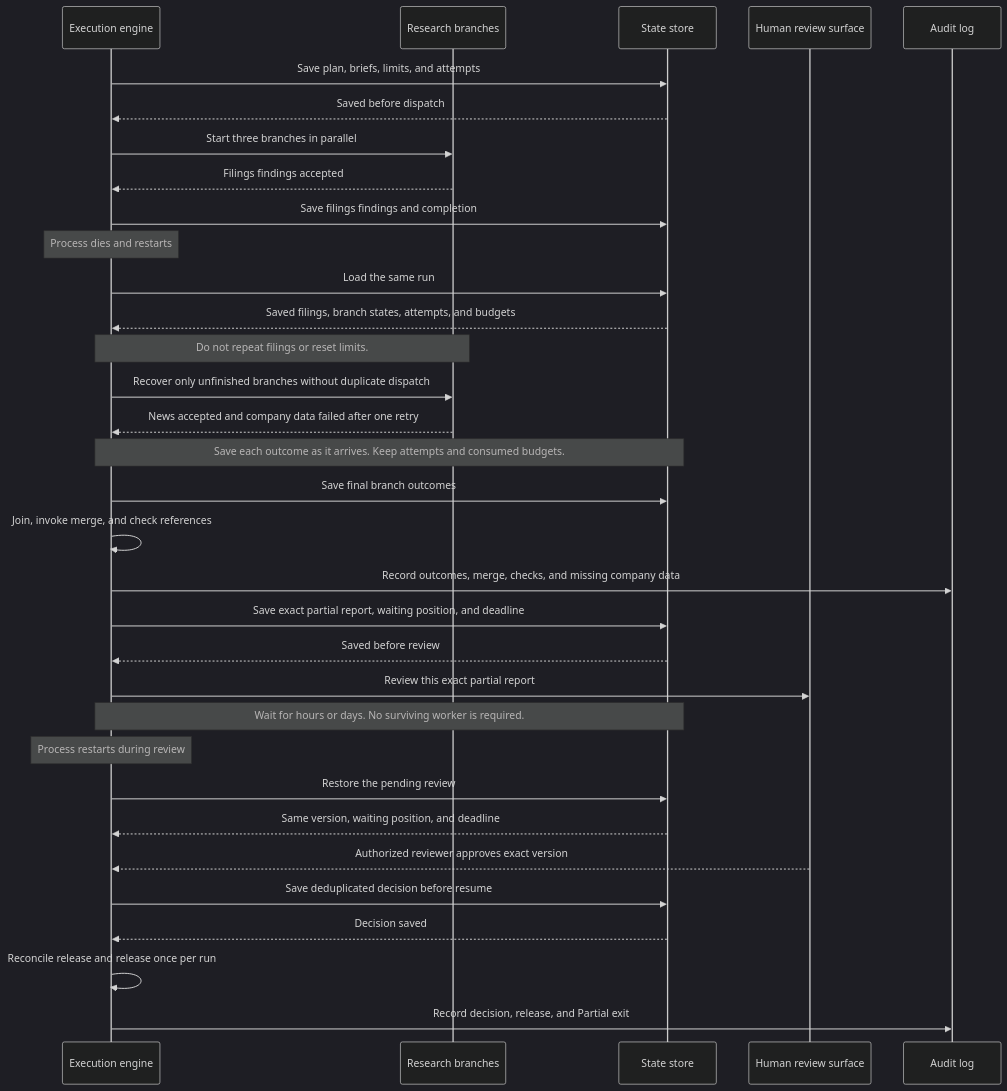
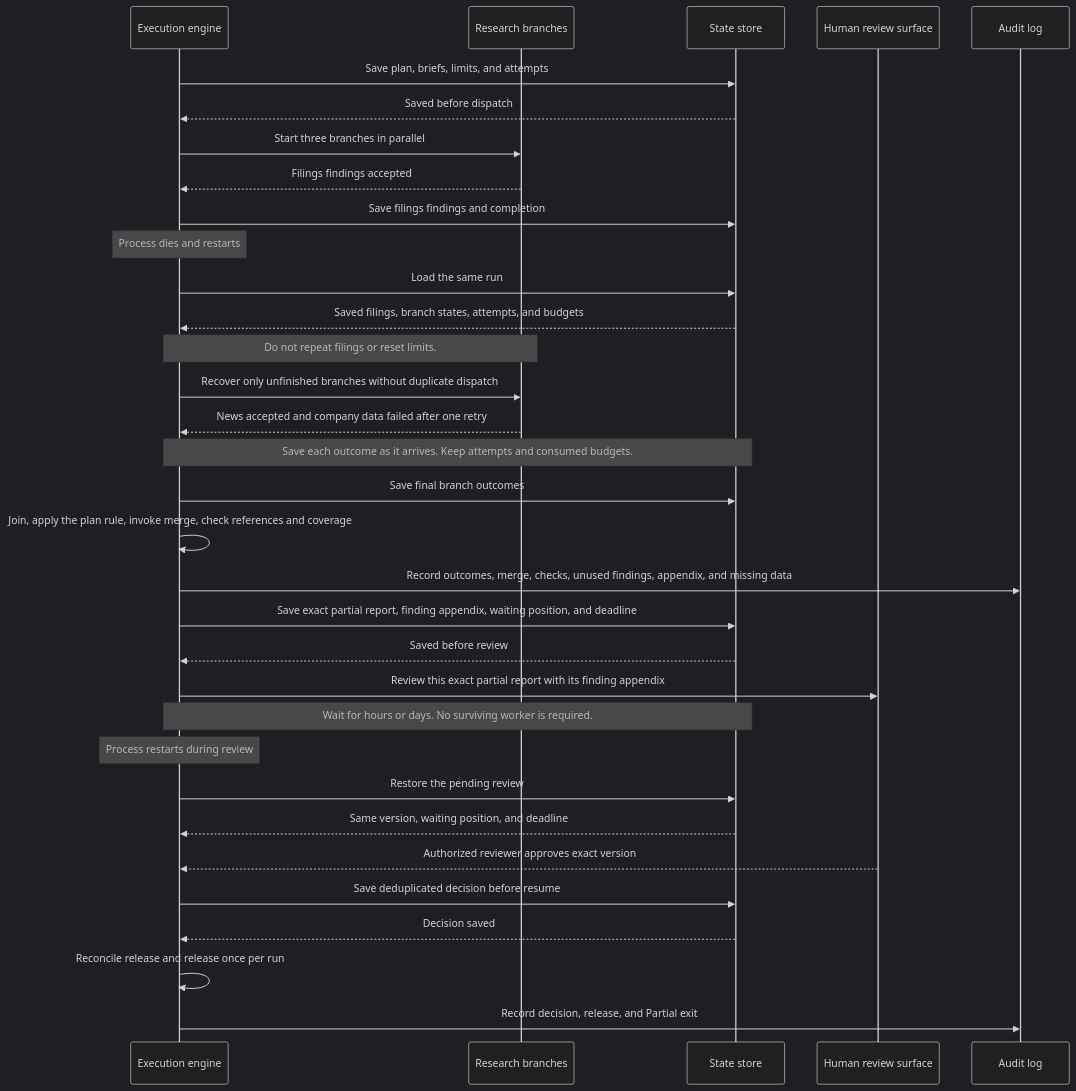
One commit to mzagar/wg-workflows-and-process-integration changed the third of 3 diagrams in workstreams/reference-architectures/architectures/parallel-research-and-merge.md. Above: the diagram before and after it, drawn with Mermaid (dark theme). The commit also changed other lines of this file and 2 other files, not shown here.

````diff
--- a/workstreams/reference-architectures/architectures/parallel-research-and-merge.md
+++ b/workstreams/reference-architectures/architectures/parallel-research-and-merge.md
@@ -217,38 +234,38 @@
 ```mermaid
 sequenceDiagram
     participant E as Execution engine
     participant B as Research branches
     participant S as State store
     participant H as Human review surface
     participant R as Audit log
 
     E->>S: Save plan, briefs, limits, and attempts
     S-->>E: Saved before dispatch
     E->>B: Start three branches in parallel
     B-->>E: Filings findings accepted
     E->>S: Save filings findings and completion
 
     Note over E: Process dies and restarts
     E->>S: Load the same run
     S-->>E: Saved filings, branch states, attempts, and budgets
     Note over E,B: Do not repeat filings or reset limits.
     E->>B: Recover only unfinished branches without duplicate dispatch
     B-->>E: News accepted and company data failed after one retry
     Note over E,S: Save each outcome as it arrives. Keep attempts and consumed budgets.
     E->>S: Save final branch outcomes
-    E->>E: Join, invoke merge, and check references
-    E->>R: Record outcomes, merge, checks, and missing company data
-    E->>S: Save exact partial report, waiting position, and deadline
+    E->>E: Join, apply the plan rule, invoke merge, check references and coverage
+    E->>R: Record outcomes, merge, checks, unused findings, appendix, and missing data
+    E->>S: Save exact partial report, finding appendix, waiting position, and deadline
     S-->>E: Saved before review
-    E->>H: Review this exact partial report
+    E->>H: Review this exact partial report with its finding appendix
 
     Note over E,S: Wait for hours or days. No surviving worker is required.
     Note over E: Process restarts during review
     E->>S: Restore the pending review
     S-->>E: Same version, waiting position, and deadline
     H-->>E: Authorized reviewer approves exact version
     E->>S: Save deduplicated decision before resume
     S-->>E: Decision saved
     E->>E: Reconcile release and release once per run
     E->>R: Record decision, release, and Partial exit
 ```
````
